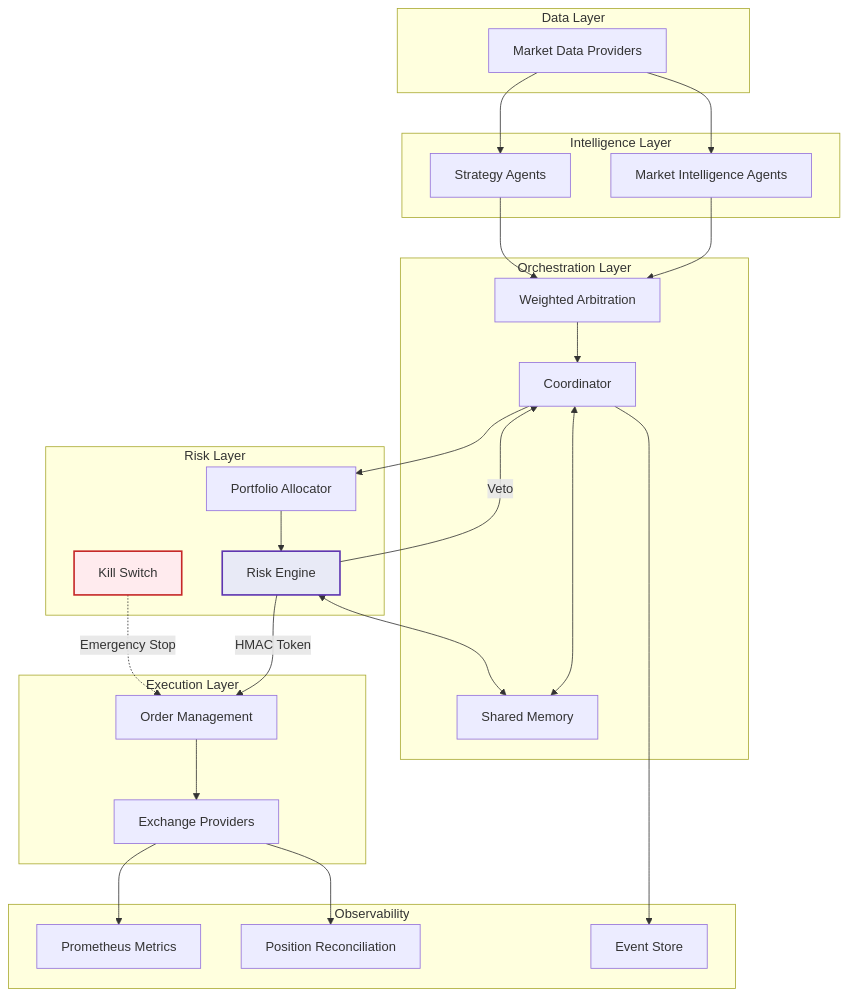
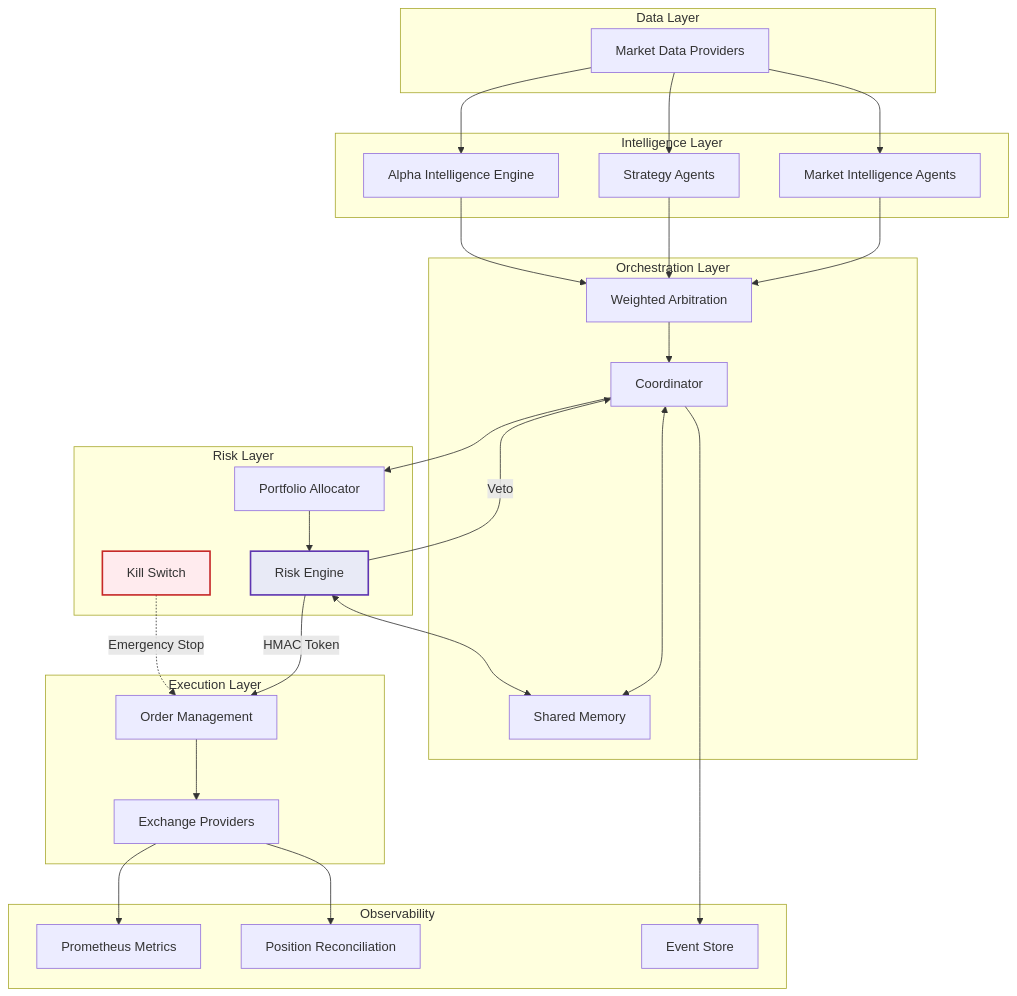
The diagram in README.md (kmshihab7878/Financial-Intelligence-Department-FID), drawn with Mermaid before and after one commit. The commit also changed other lines of this file and 9 other files, not shown here.

First line of the commit message:
fix: resolve CI failures and update README with Alpha Intelligence Engine

````diff
--- a/README.md
+++ b/README.md
@@ -85,54 +88,57 @@
 ```mermaid
 graph TD
     subgraph Data Layer
         D[Market Data Providers]
     end
 
     subgraph Intelligence Layer
         MI[Market Intelligence Agents]
         ST[Strategy Agents]
+        AI[Alpha Intelligence Engine]
     end
 
     subgraph Orchestration Layer
         ARB[Weighted Arbitration]
         COORD[Coordinator]
         MEM[Shared Memory]
     end
 
     subgraph Risk Layer
         PA[Portfolio Allocator]
         RE[Risk Engine]
         KS[Kill Switch]
     end
 
     subgraph Execution Layer
         OMS[Order Management]
         EX[Exchange Providers]
     end
 
     subgraph Observability
         MON[Prometheus Metrics]
         REC[Position Reconciliation]
         EVT[Event Store]
     end
 
     D --> MI
     D --> ST
+    D --> AI
     MI --> ARB
     ST --> ARB
+    AI --> ARB
     ARB --> COORD
     COORD --> PA
     PA --> RE
     RE -->|HMAC Token| OMS
     RE -->|Veto| COORD
     KS -.->|Emergency Stop| OMS
     OMS --> EX
     EX --> MON
     EX --> REC
     COORD --> EVT
     COORD <--> MEM
     RE <--> MEM
 
     style RE fill:#e8eaf6,stroke:#5e35b1,stroke-width:2px
     style KS fill:#ffebee,stroke:#c62828,stroke-width:2px
 ```
````
